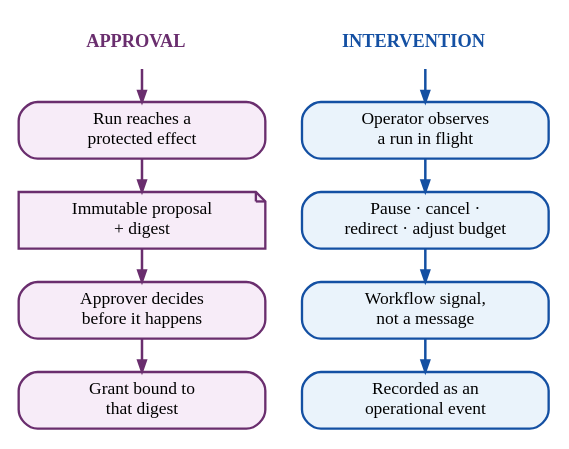
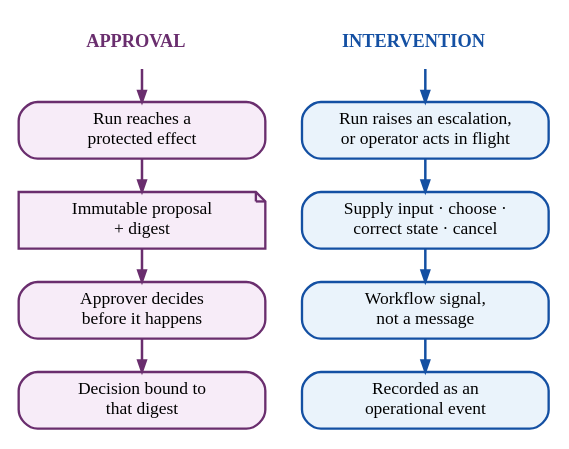
The diagram in assets/diagrams/src/pattern-hitl.gv (rrahimi-uci/building-enterprise-general-intelligence), drawn with Graphviz before and after one commit. The commit also changed 44 other files, not shown here.

```diff
--- a/assets/diagrams/src/pattern-hitl.gv
+++ b/assets/diagrams/src/pattern-hitl.gv
@@ -1,34 +1,35 @@
-// Figure 14-1 — The two human controls, which are routinely conflated.
-// Message: approval authorizes one specific effect before it happens.
-// Intervention changes a run already in flight. They have different triggers,
-// different authority, and different evidence -- one queue cannot serve both.
+// Figure 14-1 — Approval versus intervention, which are routinely conflated.
+// Message: approval covers one specific effect before it happens.
+// Intervention -- raised by the run, or operator control on a run in flight --
+// changes a running run and never approves an effect. They have different
+// triggers, different authority, and different evidence; one queue cannot serve both.
 digraph pattern_hitl {
   rankdir = TB
   graph [ranksep=0.28, nodesep=0.30]
   node [shape=box, style="filled,rounded", penwidth=1.4, fontsize=10.5,
         margin="0.12,0.07", height=0.42, width=2.05]
   edge [arrowsize=0.65, penwidth=1.5]
 
   ha [label=<<B><FONT POINT-SIZE="11" COLOR="#6A2E6E">APPROVAL</FONT></B>>, shape=plaintext, style=""]
   hb [label=<<B><FONT POINT-SIZE="11" COLOR="#1450A3">INTERVENTION</FONT></B>>, shape=plaintext, style=""]
 
   a1 [label="Run reaches a\nprotected effect", fillcolor="#F7ECF8", color="#6A2E6E"]
   a2 [label="Immutable proposal\n+ digest", shape=note, style=filled,
       fillcolor="#F7ECF8", color="#6A2E6E"]
   a3 [label="Approver decides\nbefore it happens", fillcolor="#F7ECF8", color="#6A2E6E"]
-  a4 [label="Grant bound to\nthat digest", fillcolor="#F7ECF8", color="#6A2E6E"]
+  a4 [label="Decision bound to\nthat digest", fillcolor="#F7ECF8", color="#6A2E6E"]
 
-  b1 [label="Operator observes\na run in flight", fillcolor="#EAF3FB", color="#1450A3"]
-  b2 [label="Pause · cancel ·\nredirect · adjust budget", fillcolor="#EAF3FB", color="#1450A3"]
+  b1 [label="Run raises an escalation,\nor operator acts in flight", fillcolor="#EAF3FB", color="#1450A3"]
+  b2 [label="Supply input · choose ·\ncorrect state · cancel", fillcolor="#EAF3FB", color="#1450A3"]
   b3 [label="Workflow signal,\nnot a message", fillcolor="#EAF3FB", color="#1450A3"]
   b4 [label="Recorded as an\noperational event", fillcolor="#EAF3FB", color="#1450A3"]
 
   ha -> a1 -> a2 -> a3 -> a4 [color="#6A2E6E"]
   hb -> b1 -> b2 -> b3 -> b4 [color="#1450A3"]
 
   { rank=same; ha -> hb [style=invis] }
   { rank=same; a1 -> b1 [style=invis] }
   { rank=same; a2 -> b2 [style=invis] }
   { rank=same; a3 -> b3 [style=invis] }
   { rank=same; a4 -> b4 [style=invis] }
 }
```
